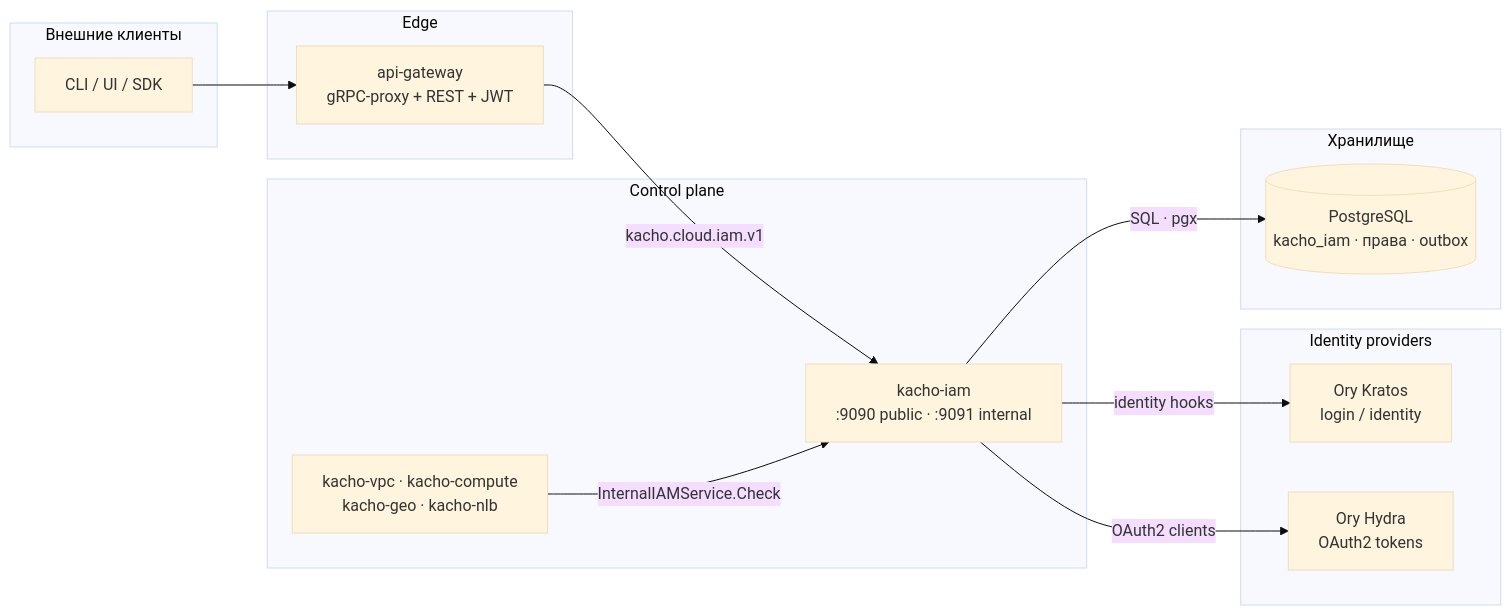
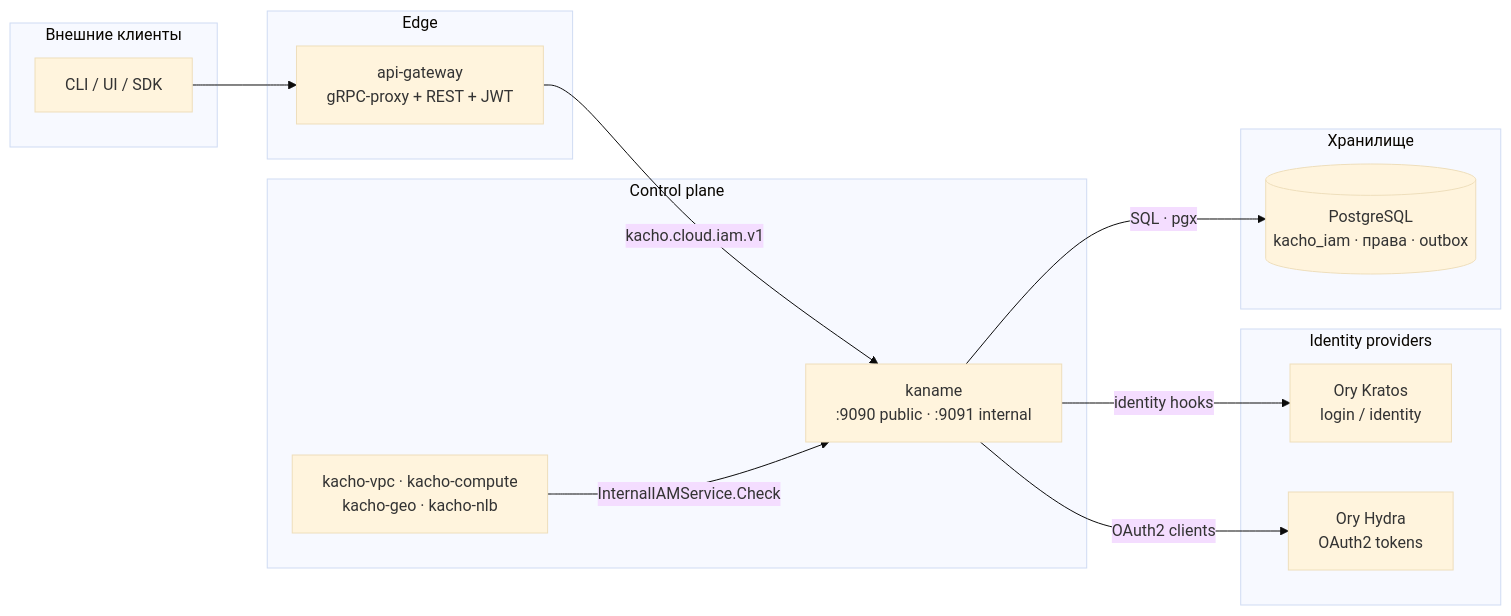
One commit to PRO-Robotech/kacho changed the second of 2 diagrams in services/iam/docs/content/intro.mdx. Above: the diagram before and after it, drawn with Mermaid (base theme). The commit also changed other lines of this file and 1011 other files, not shown here.

````diff
--- a/services/iam/docs/content/intro.mdx
+++ b/services/iam/docs/content/intro.mdx
@@ -127,27 +127,27 @@
 ```mermaid
 flowchart LR
   subgraph ext["Внешние клиенты"]
     cli["CLI / UI / SDK"]
   end
   subgraph edge["Edge"]
     agw["api-gateway<br/>gRPC-proxy + REST + JWT"]
   end
   subgraph cp["Control plane"]
-    iam["kacho-iam<br/>:9090 public · :9091 internal"]
+    iam["kaname<br/>:9090 public · :9091 internal"]
     peers["kacho-vpc · kacho-compute<br/>kacho-geo · kacho-nlb"]
   end
   subgraph idp["Identity providers"]
     kratos["Ory Kratos<br/>login / identity"]
     hydra["Ory Hydra<br/>OAuth2 tokens"]
   end
   subgraph store["Хранилище"]
     pg[("PostgreSQL<br/>kacho_iam · права · outbox")]
   end
 
   cli --> agw
   agw -->|"kacho.cloud.iam.v1"| iam
   iam -->|"SQL · pgx"| pg
   iam -->|"identity hooks"| kratos
   iam -->|"OAuth2 clients"| hydra
   peers -->|"InternalIAMService.Check"| iam
 ```
````
